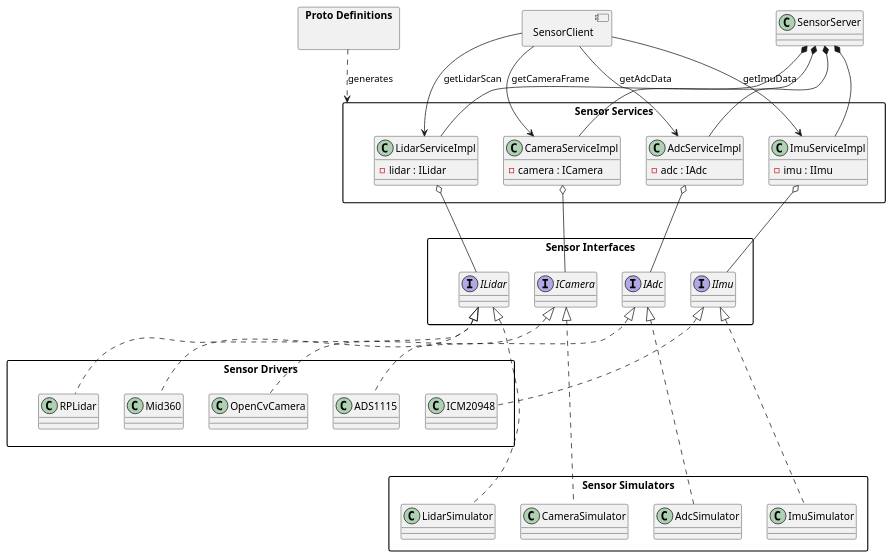
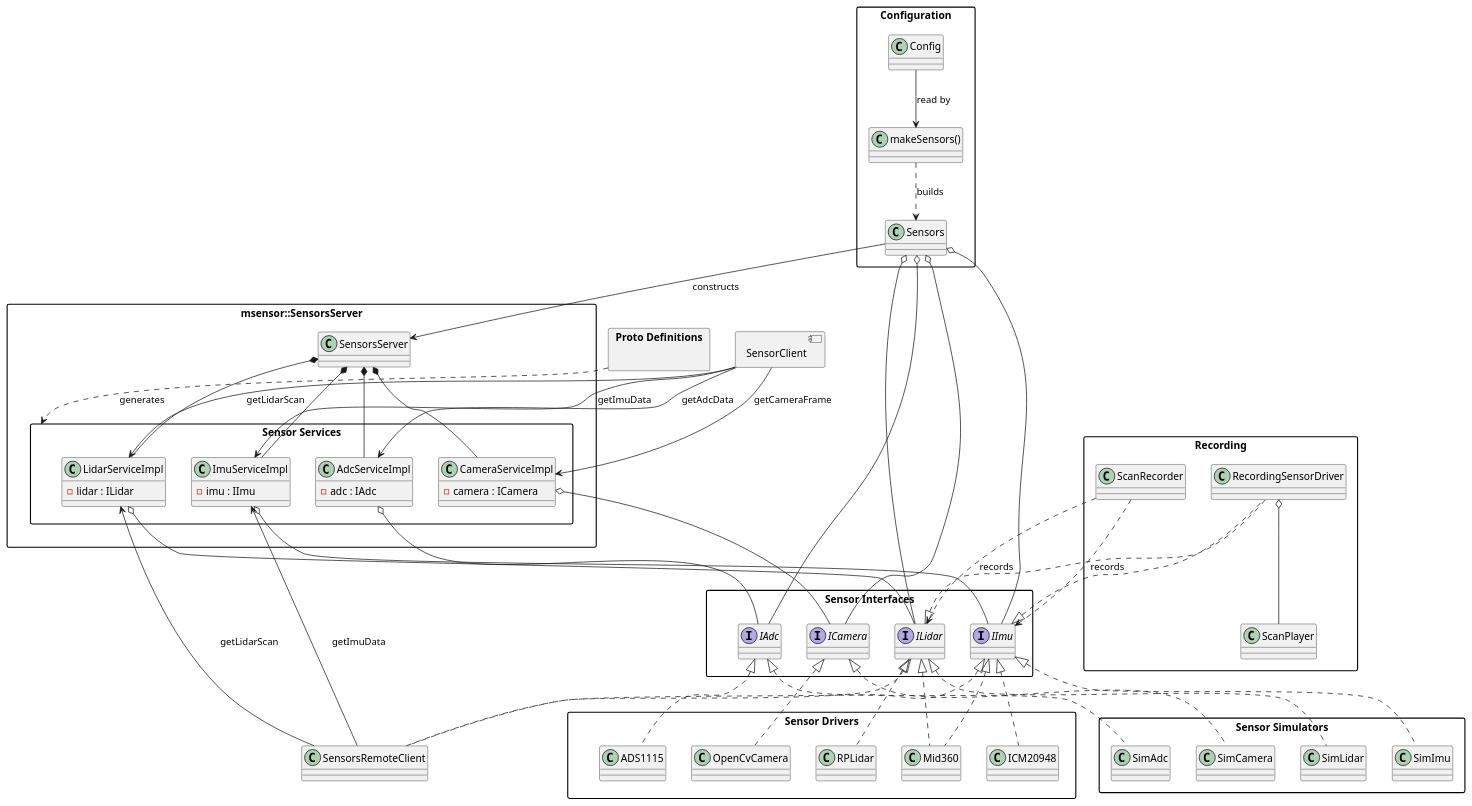
The diagram in docs/arch.puml (Marcus-Forte/msensor), drawn with PlantUML before and after one commit. The commit also changed 10 other files, not shown here.

```diff
--- a/docs/arch.puml
+++ b/docs/arch.puml
@@ -1,85 +1,122 @@
 @startuml Architecture
 
 skinparam packageStyle rectangle
 allowmixing
 
 package "Proto Definitions" as Proto {
 }
 
-class SensorServer 
-package "Sensor Services" as SSensor {
+package "msensor::SensorsServer" as Server {
+    class SensorsServer
 
-    class LidarServiceImpl {
-        -lidar : ILidar
-    }
-    class ImuServiceImpl {
-        -imu : IImu
-    }
-    class CameraServiceImpl {
-        -camera : ICamera
-    }
-    class AdcServiceImpl {
-        -adc : IAdc
+    package "Sensor Services" as SSensor {
+        class LidarServiceImpl {
+            -lidar : ILidar
+        }
+        class ImuServiceImpl {
+            -imu : IImu
+        }
+        class CameraServiceImpl {
+            -camera : ICamera
+        }
+        class AdcServiceImpl {
+            -adc : IAdc
+        }
     }
 
-    SensorServer *-- LidarServiceImpl
-    SensorServer *-- ImuServiceImpl
-    SensorServer *-- CameraServiceImpl
-    SensorServer *-- AdcServiceImpl
-
+    SensorsServer *-- LidarServiceImpl
+    SensorsServer *-- ImuServiceImpl
+    SensorsServer *-- CameraServiceImpl
+    SensorsServer *-- AdcServiceImpl
 }
 
 package "Sensor Interfaces" as ISensor {
     interface ILidar
     interface IImu
     interface ICamera
     interface IAdc
 }
 
 package "Sensor Drivers" as Sensor {
     class RPLidar
     class Mid360
     class ICM20948
     class OpenCvCamera
     class ADS1115
 }
 
 package "Sensor Simulators" as SimSensor {
-    class LidarSimulator
-    class ImuSimulator
-    class CameraSimulator
-    class AdcSimulator
+    class SimLidar
+    class SimImu
+    class SimCamera
+    class SimAdc
+}
+
+package "Recording" as Rec {
+    class ScanRecorder
+    class ScanPlayer
+    class RecordingSensorDriver
+}
+
+package "Configuration" as Cfg {
+    class Config
+    class Sensors
+    class "makeSensors()" as MakeSensors
 }
 
 ' Proto generates services
 Proto ..> SSensor : generates
 
 ' Services depend on Interfaces (dependency injection)
 LidarServiceImpl o-- ILidar
 ImuServiceImpl o-- IImu
 CameraServiceImpl o-- ICamera
 AdcServiceImpl o-- IAdc
 
 ' Force Drivers below Interfaces
 ISensor -down[hidden]- Sensor
 
 ' Drivers implement Interfaces
 RPLidar .up.|> ILidar
 Mid360 .up.|> ILidar
+Mid360 .up.|> IImu
 ICM20948 .up.|> IImu
 OpenCvCamera .up.|> ICamera
 ADS1115 .up.|> IAdc
 
 ' Simulators also implement Interfaces
-LidarSimulator .up..|> ILidar
-ImuSimulator .up..|> IImu
-CameraSimulator .up..|> ICamera
-AdcSimulator .up..|> IAdc
+SimLidar .up.|> ILidar
+SimImu .up.|> IImu
+SimCamera .up.|> ICamera
+SimAdc .up.|> IAdc
+
+' Recording side
+RecordingSensorDriver .up.|> ILidar
+RecordingSensorDriver .up.|> IImu
+RecordingSensorDriver o-- ScanPlayer
+ScanRecorder ..> ILidar : records
+ScanRecorder ..> IImu : records
+
+' Remote client consumes the gRPC services as local interfaces
+class SensorsRemoteClient
+SensorsRemoteClient .up.|> ILidar
+SensorsRemoteClient .up.|> IImu
+SensorsRemoteClient --> LidarServiceImpl : getLidarScan
+SensorsRemoteClient --> ImuServiceImpl : getImuData
+
+' sensor_publisher: Config -> makeSensors() -> Sensors -> SensorsServer
+Config --> MakeSensors : read by
+MakeSensors ..> Sensors : builds
+Sensors o-- ILidar
+Sensors o-- IImu
+Sensors o-- ICamera
+Sensors o-- IAdc
+Sensors --> SensorsServer : constructs
 
 component SensorClient
-' Client calls gRPC services
+' Other clients call gRPC services
 SensorClient --> LidarServiceImpl : getLidarScan
 SensorClient --> ImuServiceImpl : getImuData
 SensorClient --> CameraServiceImpl : getCameraFrame
 SensorClient --> AdcServiceImpl : getAdcData
 @enduml
```
